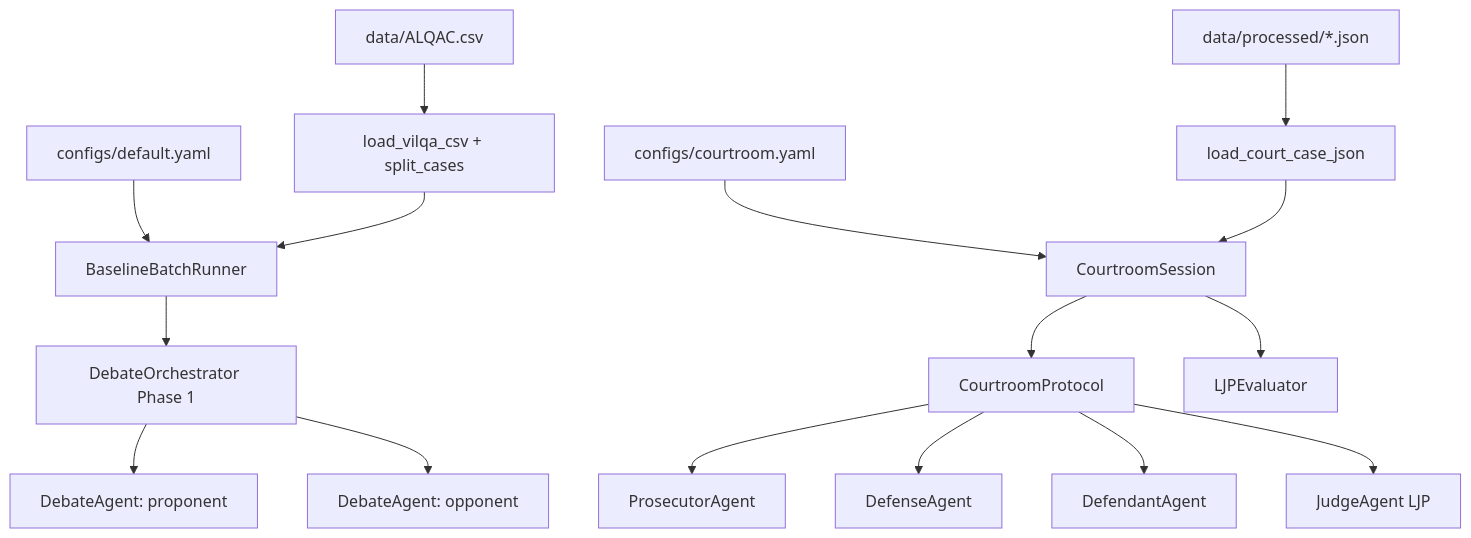
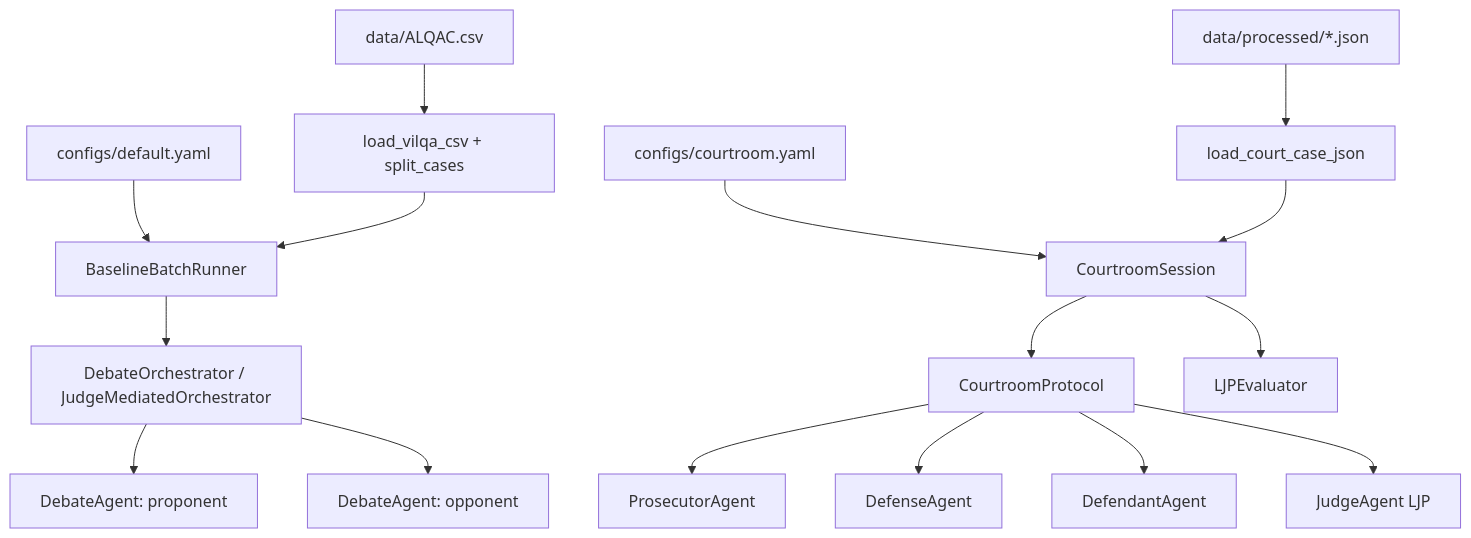
One commit to JulianNguyen1610/CourtSimulation changed the diagram in memory-bank/systemPatterns.md. Above: the diagram before and after it, drawn with Mermaid. The commit also changed other lines of this file and 41 other files, not shown here.

````diff
--- a/memory-bank/systemPatterns.md
+++ b/memory-bank/systemPatterns.md
@@ -6,18 +6,18 @@
 ```mermaid
 flowchart TD
     Config[configs/default.yaml] --> Runner[BaselineBatchRunner]
     CourtConfig[configs/courtroom.yaml] --> Session[CourtroomSession]
     Data[data/ALQAC.csv] --> Loader[load_vilqa_csv + split_cases]
     CourtData[data/processed/*.json] --> CourtLoader[load_court_case_json]
     Loader --> Runner
     CourtLoader --> Session
-    Runner --> Orchestrator[DebateOrchestrator Phase 1]
+    Runner --> Orchestrator[DebateOrchestrator / JudgeMediatedOrchestrator]
     Session --> Protocol[CourtroomProtocol]
     Protocol --> Prosecutor[ProsecutorAgent]
     Protocol --> Defense[DefenseAgent]
     Protocol --> Defendant[DefendantAgent]
     Protocol --> Judge[JudgeAgent LJP]
     Session --> LJPEval[LJPEvaluator]
     Orchestrator --> Proponent[DebateAgent: proponent]
     Orchestrator --> Opponent[DebateAgent: opponent]
 ```
````
